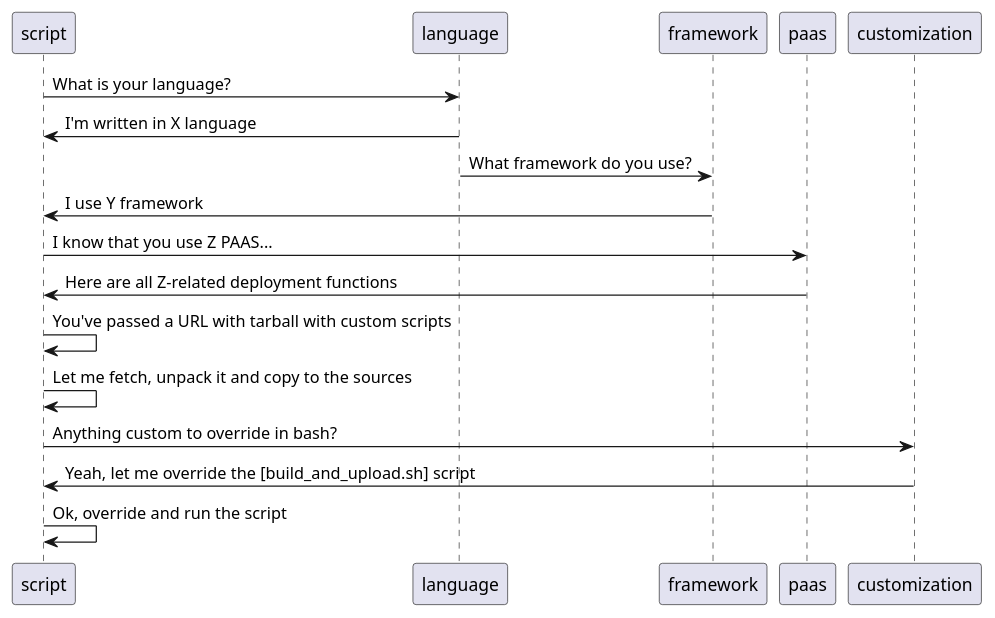
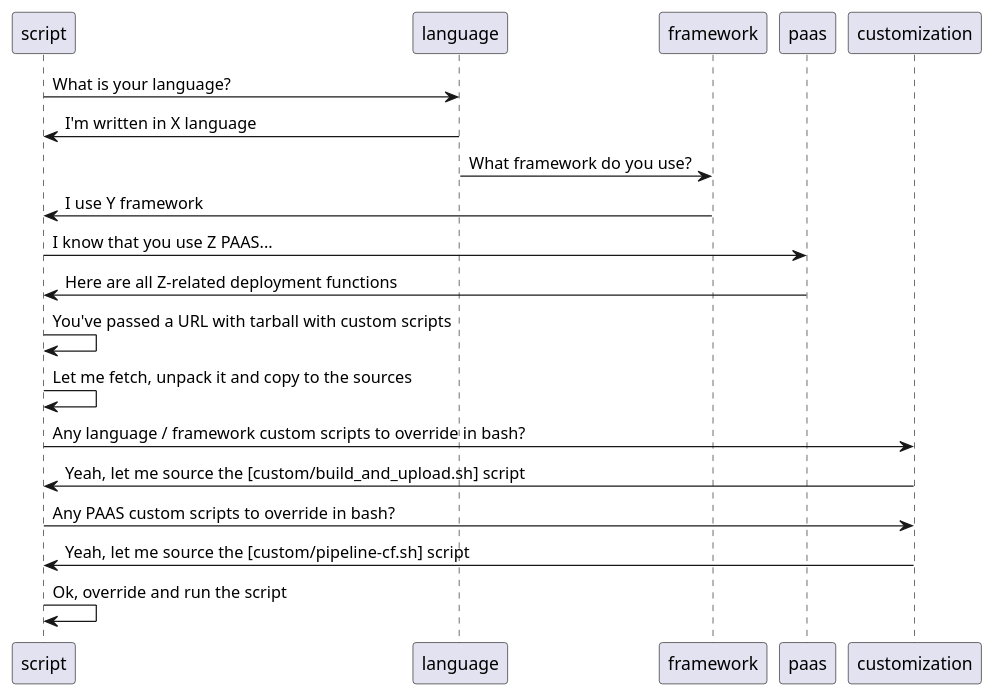
One commit to spring-attic/cloudpipelines-scripts changed the second of 2 diagrams in docs-sources/src/main/asciidoc/INTRO.adoc. Above: the diagram before and after it, drawn with PlantUML. The commit also changed other lines of this file and 12 other files, not shown here.

Commit message:
PAAS customization. Fixes spring-cloud-pipelines/188

```diff
--- a/docs-sources/src/main/asciidoc/INTRO.adoc
+++ b/docs-sources/src/main/asciidoc/INTRO.adoc
@@ -379,14 +381,16 @@
 [plantuml, sourcing, png]
 ----
 script->language: What is your language?
 language->script: I'm written in X language
 language->framework: What framework do you use?
 framework->script: I use Y framework
 script->paas: I know that you use Z PAAS...
 paas->script: Here are all Z-related deployment functions
 script->script: You've passed a URL with tarball with custom scripts
 script->script: Let me fetch, unpack it and copy to the sources
-script->customization: Anything custom to override in bash?
-customization->script: Yeah, let me override the [build_and_upload.sh] script
+script->customization: Any language / framework custom scripts to override in bash?
+customization->script: Yeah, let me source the [custom/build_and_upload.sh] script
+script->customization: Any PAAS custom scripts to override in bash?
+customization->script: Yeah, let me source the [custom/pipeline-cf.sh] script
 script->script: Ok, override and run the script
 ----
```
